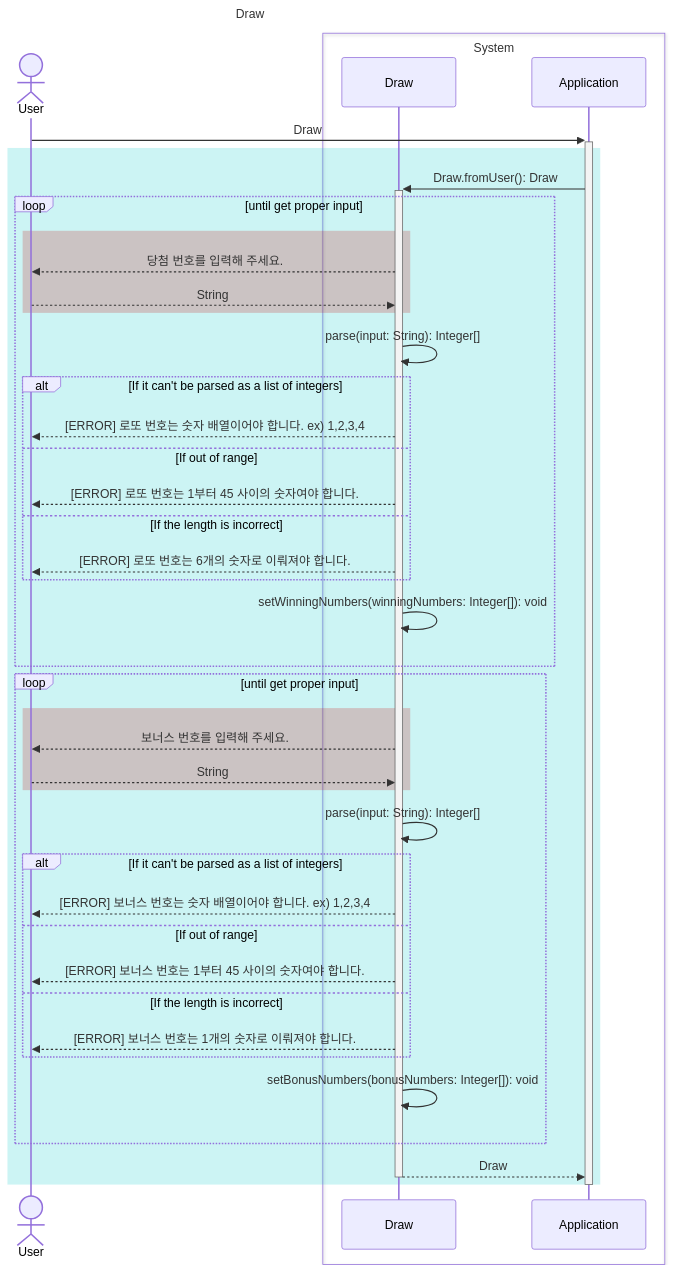
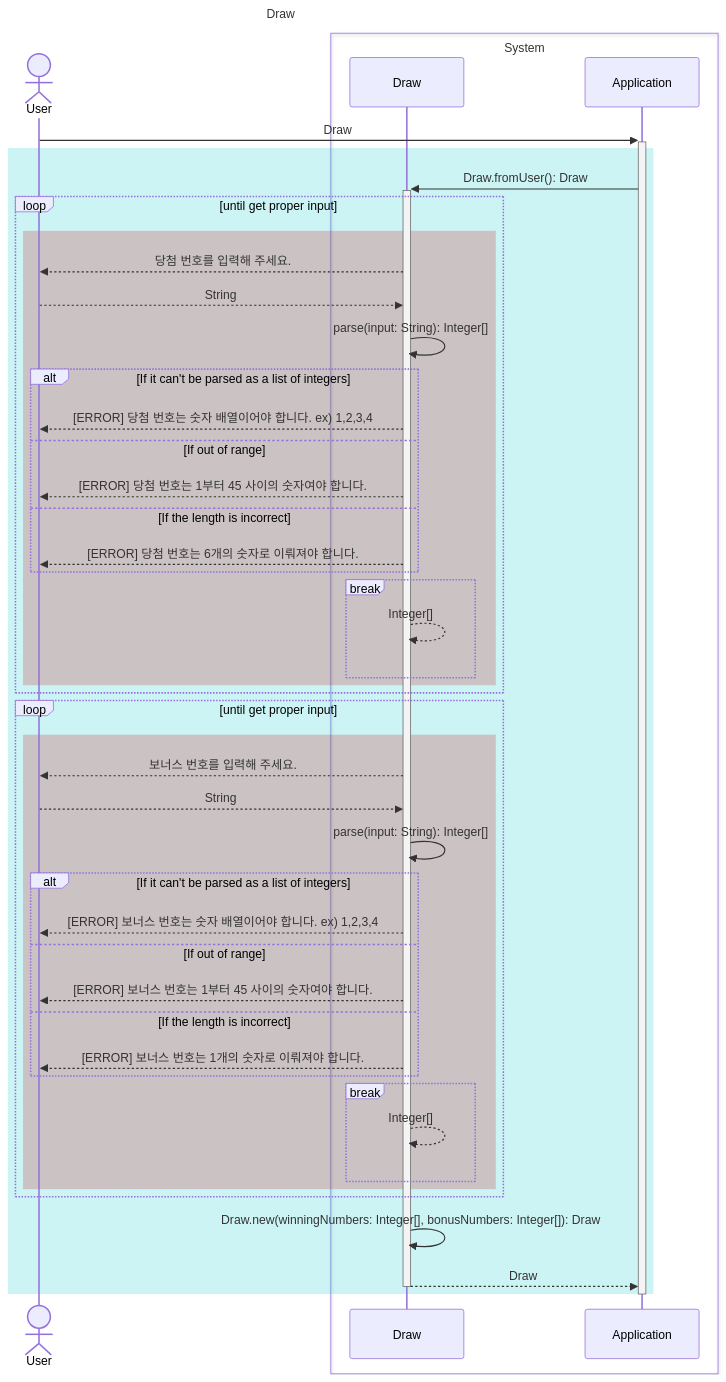
One commit to gdsc-konkuk/23-24_study_2nd_java-lotto-6 changed the fourth of 6 diagrams in docs/README.md. Above: the diagram before and after it, drawn with Mermaid. The commit also changed other lines of this file and 11 other files, not shown here.

````diff
--- a/docs/README.md
+++ b/docs/README.md
@@ -180,54 +187,61 @@
 ```mermaid
 ---
 title: Draw
 ---
 sequenceDiagram
     actor User
     box System
         participant Draw
         participant Application
     end
 
     User ->>+ Application: Draw
     rect rgb(0, 200, 200, 0.2)
         Application ->>+ Draw: Draw.fromUser(): Draw
 
         loop until get proper input
             rect rgb(200, 0, 0, 0.2)
                 Draw -->> User: 당첨 번호를 입력해 주세요.
                 User -->> Draw: String
+                Draw ->> Draw: parse(input: String): Integer[]
+
+                alt If it can't be parsed as a list of integers
+                    Draw -->> User: [ERROR] 당첨 번호는 숫자 배열이어야 합니다. ex) 1,2,3,4
+                else If out of range
+                    Draw -->> User: [ERROR] 당첨 번호는 1부터 45 사이의 숫자여야 합니다.
+                else If the length is incorrect
+                    Draw -->> User: [ERROR] 당첨 번호는 6개의 숫자로 이뤄져야 합니다.
+                end
+
+                break
+                    Draw -->> Draw: Integer[]
+                end
             end
-            Draw ->> Draw: parse(input: String): Integer[]
-
-            alt If it can't be parsed as a list of integers
-                Draw -->> User: [ERROR] 로또 번호는 숫자 배열이어야 합니다. ex) 1,2,3,4
-            else If out of range
-                Draw -->> User: [ERROR] 로또 번호는 1부터 45 사이의 숫자여야 합니다.
-            else If the length is incorrect
-                Draw -->> User: [ERROR] 로또 번호는 6개의 숫자로 이뤄져야 합니다.
-            end
-            Draw ->> Draw: setWinningNumbers(winningNumbers: Integer[]): void
         end
 
         loop until get proper input
             rect rgb(200, 0, 0, 0.2)
                 Draw -->> User: 보너스 번호를 입력해 주세요.
                 User -->> Draw: String
+                Draw ->> Draw: parse(input: String): Integer[]
+
+                alt If it can't be parsed as a list of integers
+                    Draw -->> User: [ERROR] 보너스 번호는 숫자 배열이어야 합니다. ex) 1,2,3,4
+                else If out of range
+                    Draw -->> User: [ERROR] 보너스 번호는 1부터 45 사이의 숫자여야 합니다.
+                else If the length is incorrect
+                    Draw -->> User: [ERROR] 보너스 번호는 1개의 숫자로 이뤄져야 합니다.
+                end
+
+                break
+                    Draw -->> Draw: Integer[]
+                end
             end
-            Draw ->> Draw: parse(input: String): Integer[]
-
-            alt If it can't be parsed as a list of integers
-                Draw -->> User: [ERROR] 보너스 번호는 숫자 배열이어야 합니다. ex) 1,2,3,4
-            else If out of range
-                Draw -->> User: [ERROR] 보너스 번호는 1부터 45 사이의 숫자여야 합니다.
-            else If the length is incorrect
-                Draw -->> User: [ERROR] 보너스 번호는 1개의 숫자로 이뤄져야 합니다.
-            end
-            Draw ->> Draw: setBonusNumbers(bonusNumbers: Integer[]): void
         end
 
+        Draw ->> Draw: Draw.new(winningNumbers: Integer[], bonusNumbers: Integer[]): Draw
         Draw -->>- Application: Draw
     end
 
     deactivate Application
 ```
````
